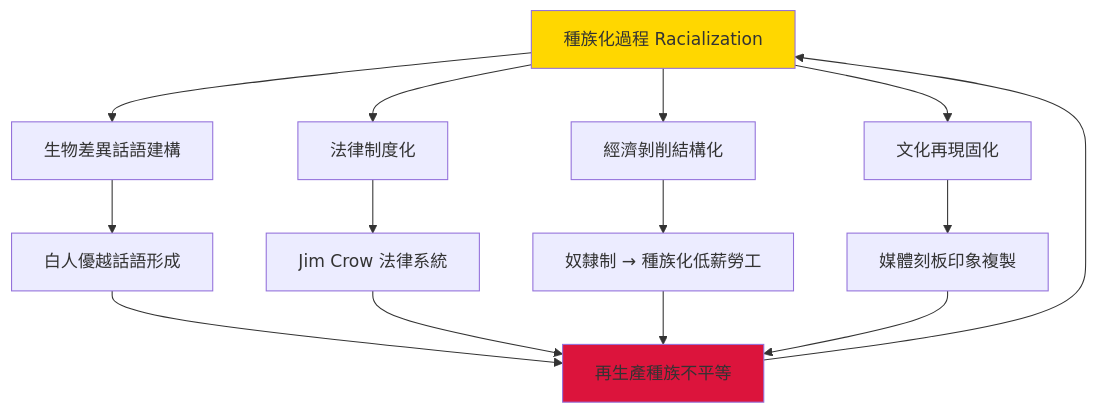
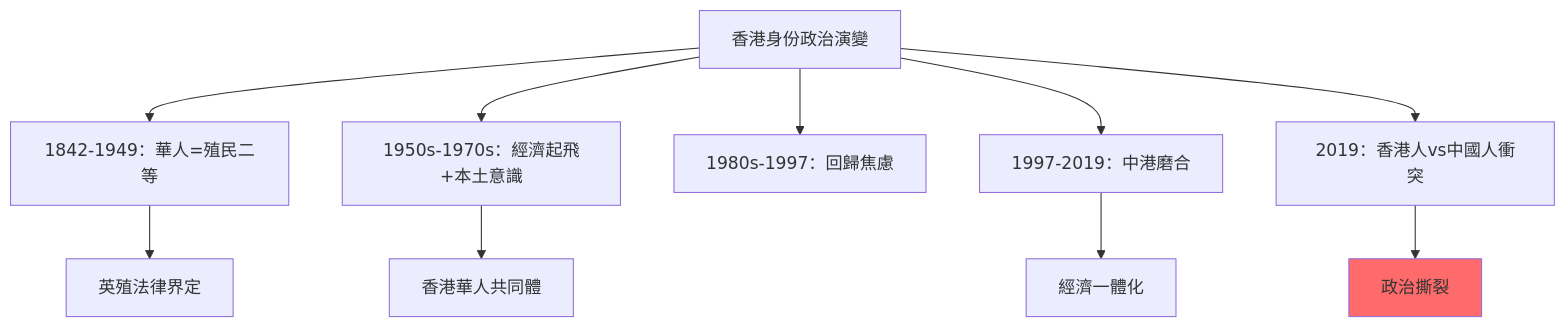
One commit to yip-lgtm/HKU-Harvard-History-Self-Study changed the fifth of 10 diagrams in 01_HKU_Courses/HIST2161_Making_Race.md. Above: the diagram before and after it, drawn with Mermaid. The commit also changed other lines of this file and 7 other files, not shown here.

````diff
--- a/01_HKU_Courses/HIST2161_Making_Race.md
+++ b/01_HKU_Courses/HIST2161_Making_Race.md
@@ -203,18 +251,13 @@
 ```mermaid
 graph TD
-    A["種族化過程 Racialization"] --> B["生物差異話語建構"]
-    A --> C["法律制度化"]
-    A --> D["經濟剝削結構化"]
-    A --> E["文化再現固化"]
-    B --> F["白人優越話語形成"]
-    C --> G["Jim Crow 法律系統"]
-    D --> H["奴隸制 → 種族化低薪勞工"]
-    E --> I["媒體刻板印象複製"]
-    F --> J["再生產種族不平等"]
-    G --> J
-    H --> J
-    I --> J
-    J --> A
-    style A fill:#FFD700
-    style J fill:#DC143C
+    A["香港身份政治演變"] --> B["1842-1949：華人=殖民二等"]
+    A --> C["1950s-1970s：經濟起飛+本土意識"]
+    A --> D["1980s-1997：回歸焦慮"]
+    A --> E["1997-2019：中港磨合"]
+    A --> F["2019：香港人vs中國人衝突"]
+    B --> G["英殖法律界定"]
+    C --> H["香港華人共同體"]
+    E --> I["經濟一體化"]
+    F --> J["政治撕裂"]
+    style J fill:#FF6B6B
 ```
````
